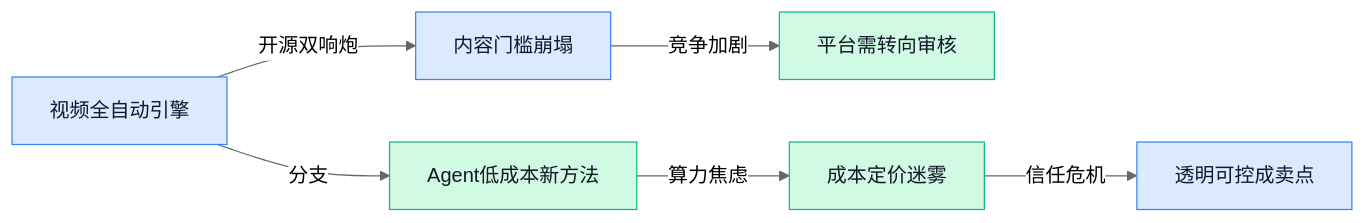
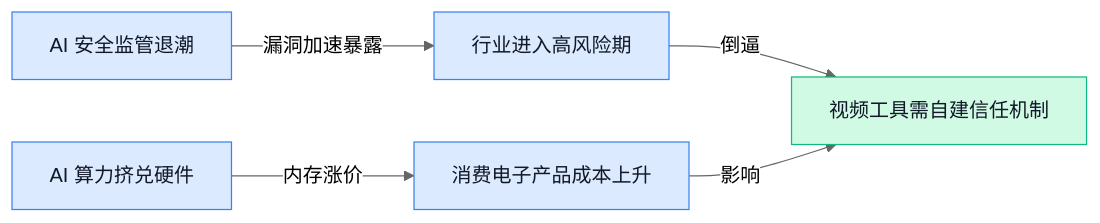
The diagram in content/cn/2026/2026-05/2026-05-23.md (zhuxinfei/ai-daily-site), drawn with Mermaid (neutral theme) before and after one commit. The commit also changed other lines of this file and 2 other files, not shown here.

````diff
--- a/content/cn/2026/2026-05/2026-05-23.md
+++ b/content/cn/2026/2026-05/2026-05-23.md
@@ -119,13 +130,11 @@
 ```mermaid
 graph LR
-    A[视频全自动引擎] -->|开源双响炮| B[内容门槛崩塌]
-    B -->|竞争加剧| C[平台需转向审核]
-    A -->|分支| D[Agent低成本新方法]
-    D -->|算力焦虑| E[成本定价迷雾]
-    E -->|信任危机| F[透明可控成卖点]
+    A[AI 安全监管退潮] -->|漏洞加速暴露| B[行业进入高风险期]
+    C[AI 算力挤兑硬件] -->|内存涨价| D[消费电子产品成本上升]
+    B -->|倒逼| E[视频工具需自建信任机制]
+    D -->|影响| E
     classDef blue fill:#dbeafe,stroke:#3b82f6,color:#111827
     classDef green fill:#d1fae5,stroke:#10b981,color:#111827
-    class A,B blue
-    class C,D,E green
-    class F blue
+    class A,B,C,D blue
+    class E green
 ```
````
